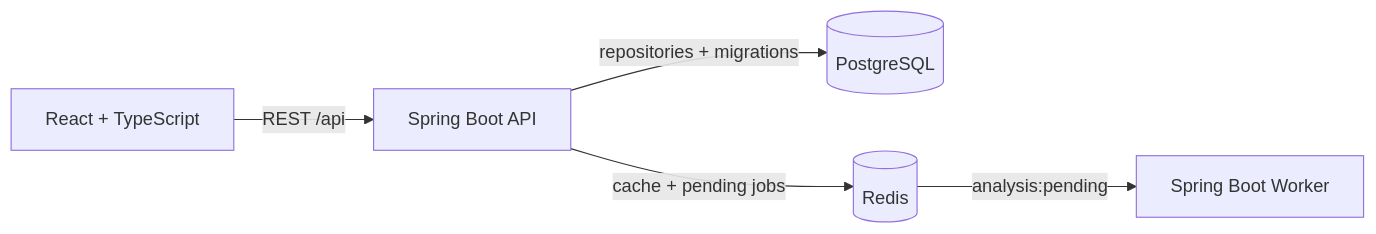
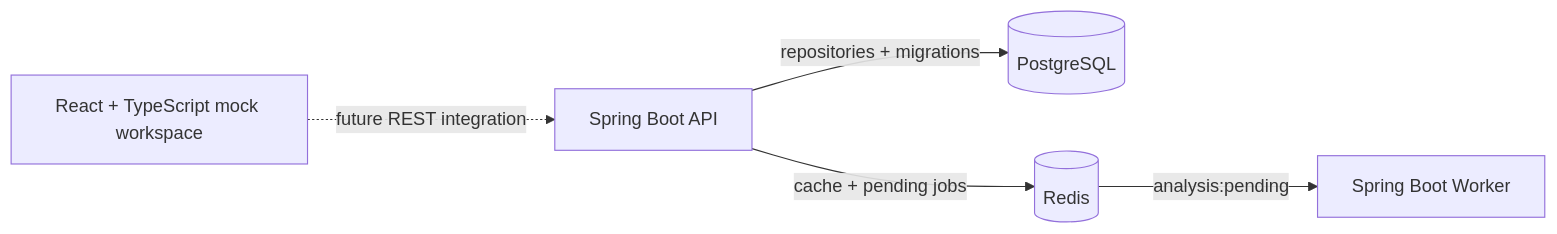
One commit to prushorth90/git_repo_intelligence_tool changed the diagram in README.md. Above: the diagram before and after it, drawn with Mermaid. The commit also changed other lines of this file and 21 other files, not shown here.

Commit message:
Create the frontend using React and TypeScript.

````diff
--- a/README.md
+++ b/README.md
@@ -7,7 +7,7 @@
 ```mermaid
 flowchart LR
-    Browser[React + TypeScript] -->|REST /api| API[Spring Boot API]
+    Browser[React + TypeScript mock workspace] -.->|future REST integration| API[Spring Boot API]
     API -->|repositories + migrations| PostgreSQL[(PostgreSQL)]
     API -->|cache + pending jobs| Redis[(Redis)]
     Redis -->|analysis:pending| Worker[Spring Boot Worker]
 ```
````
